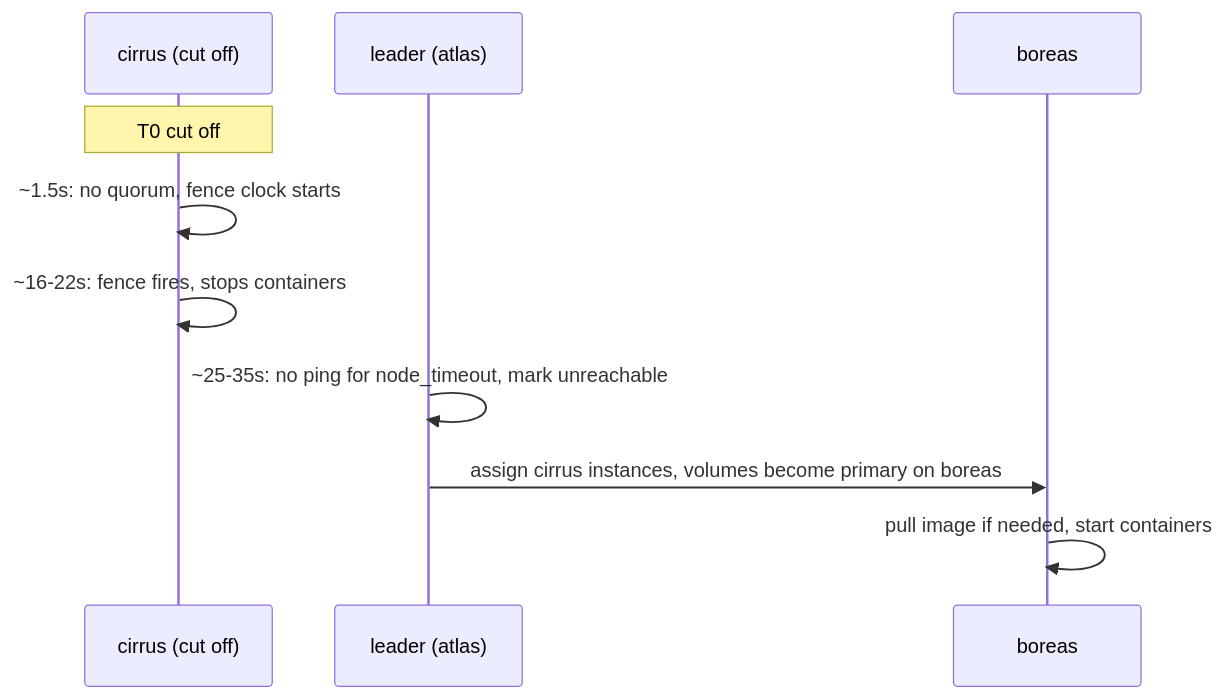
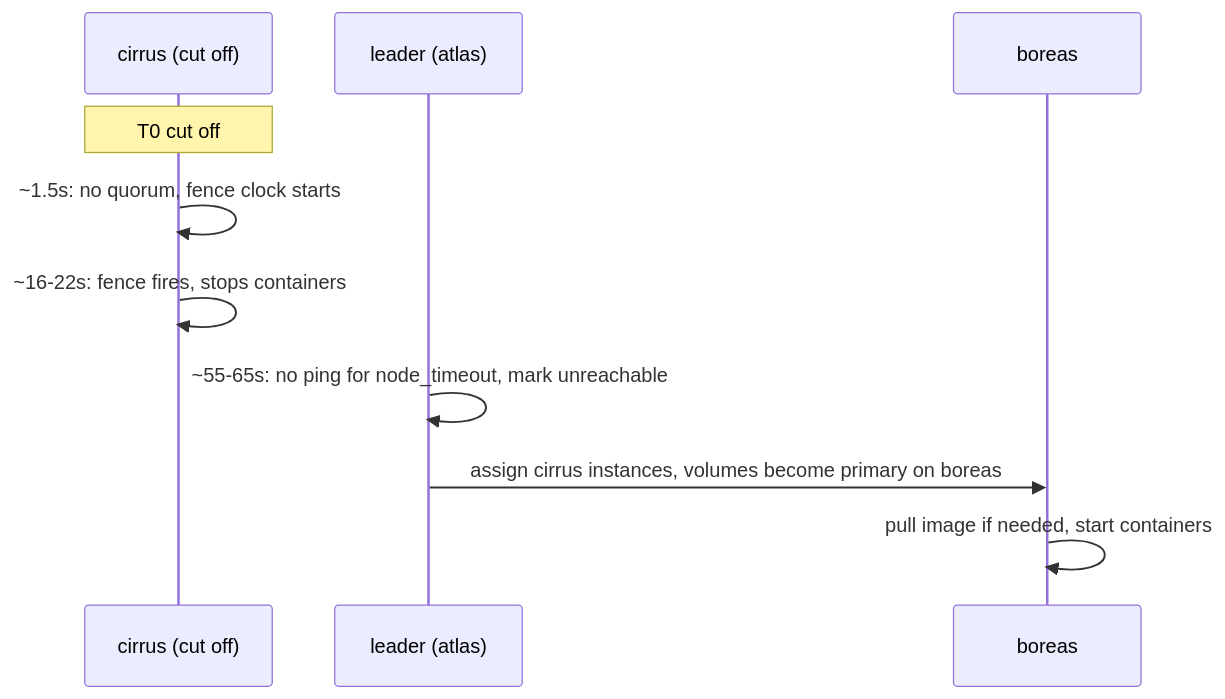
One commit to LiteApplication/clouduler changed the diagram in docs/content/features/failover.mdx. Above: the diagram before and after it, drawn with Mermaid. The commit also changed other lines of this file and 11 other files, not shown here.

````diff
--- a/docs/content/features/failover.mdx
+++ b/docs/content/features/failover.mdx
@@ -39,12 +39,12 @@
 ```mermaid
 sequenceDiagram
   participant C as cirrus (cut off)
   participant L as leader (atlas)
   participant B as boreas
   Note over C: T0 cut off
   C->>C: ~1.5s: no quorum, fence clock starts
   C->>C: ~16-22s: fence fires, stops containers
-  L->>L: ~25-35s: no ping for node_timeout, mark unreachable
+  L->>L: ~55-65s: no ping for node_timeout, mark unreachable
   L->>B: assign cirrus instances, volumes become primary on boreas
   B->>B: pull image if needed, start containers
 ```
````
